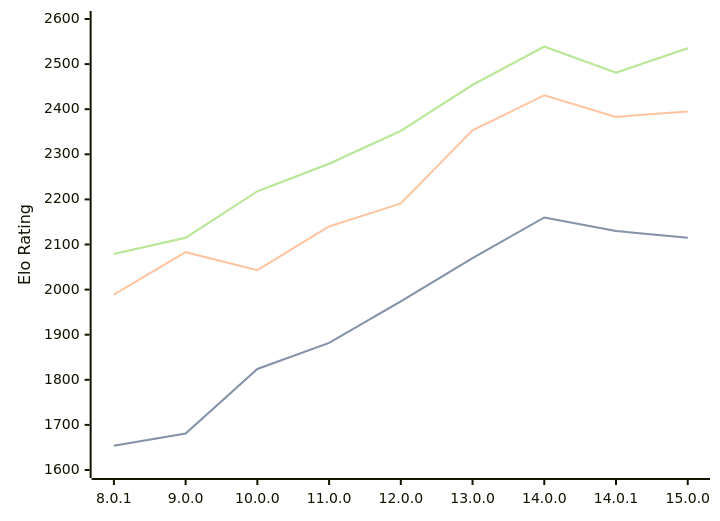
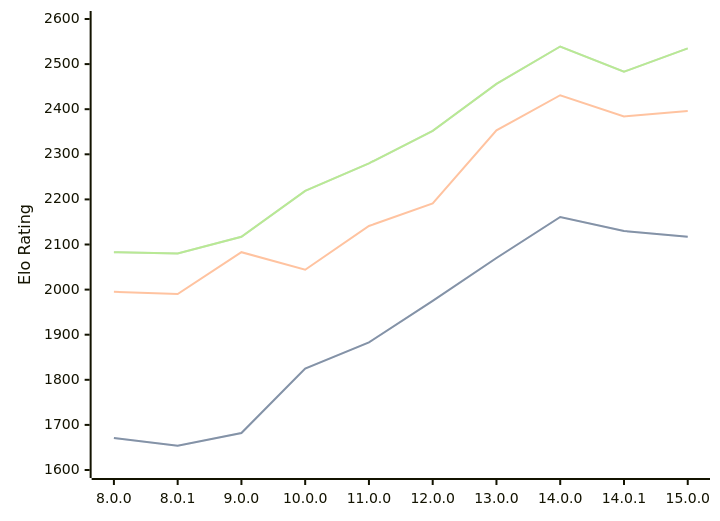
One commit to computer-chess-index/cci changed the diagram in engines/Cepimetheus.md. Above: the diagram before and after it, drawn with Mermaid. The commit also changed other lines of this file, not shown here.

Commit message:
Update CCI Ratings (ELO VLTC) - 2026-08-25

````diff
--- a/engines/Cepimetheus.md
+++ b/engines/Cepimetheus.md
@@ -66,11 +66,11 @@
 ```mermaid
 %%{init: {"theme":"base","themeVariables":{"seriesColors:['#a3a3a3','#222221','#faa371']}}}%%
 xychart-beta
-  x-axis ["8.0.1", "9.0.0", "10.0.0", "11.0.0", "12.0.0", "13.0.0", "14.0.0", "14.0.1", "15.0.0"]
+  x-axis ["8.0.0", "8.0.1", "9.0.0", "10.0.0", "11.0.0", "12.0.0", "13.0.0", "14.0.0", "14.0.1", "15.0.0"]
   y-axis "Elo Rating" 1600 --> 2600
-  line "STC (8.0+0.08s)" [1654, 1681, 1824, 1882, 1974, 2070, 2160, 2130, 2115]
-  line "STC (8.0+0.08s)" [1654, 1681, 1824, 1882, 1974, 2070, 2160, 2130, 2115]
-  line "LTC (60.0+0.60s)" [1989, 2083, 2043, 2140, 2191, 2353, 2431, 2383, 2395]
-  line "VLTC (2m24s+1.12s)" [2079, 2115, 2218, 2279, 2352, 2454, 2539, 2481, 2535]
-  line "VLTC (2m24s+1.12s)" [2079, 2115, 2218, 2279, 2352, 2454, 2539, 2481, 2535]
+  line "STC (8.0+0.08s)" [1671, 1654, 1682, 1825, 1883, 1975, 2070, 2161, 2130, 2117]
+  line "STC (8.0+0.08s)" [1671, 1654, 1682, 1825, 1883, 1975, 2070, 2161, 2130, 2117]
+  line "LTC (60.0+0.60s)" [1995, 1990, 2083, 2044, 2141, 2191, 2353, 2431, 2384, 2396]
+  line "VLTC (2m24s+1.12s)" [2083, 2080, 2117, 2219, 2280, 2352, 2456, 2539, 2483, 2535]
+  line "VLTC (2m24s+1.12s)" [2083, 2080, 2117, 2219, 2280, 2352, 2456, 2539, 2483, 2535]
 ```
````
